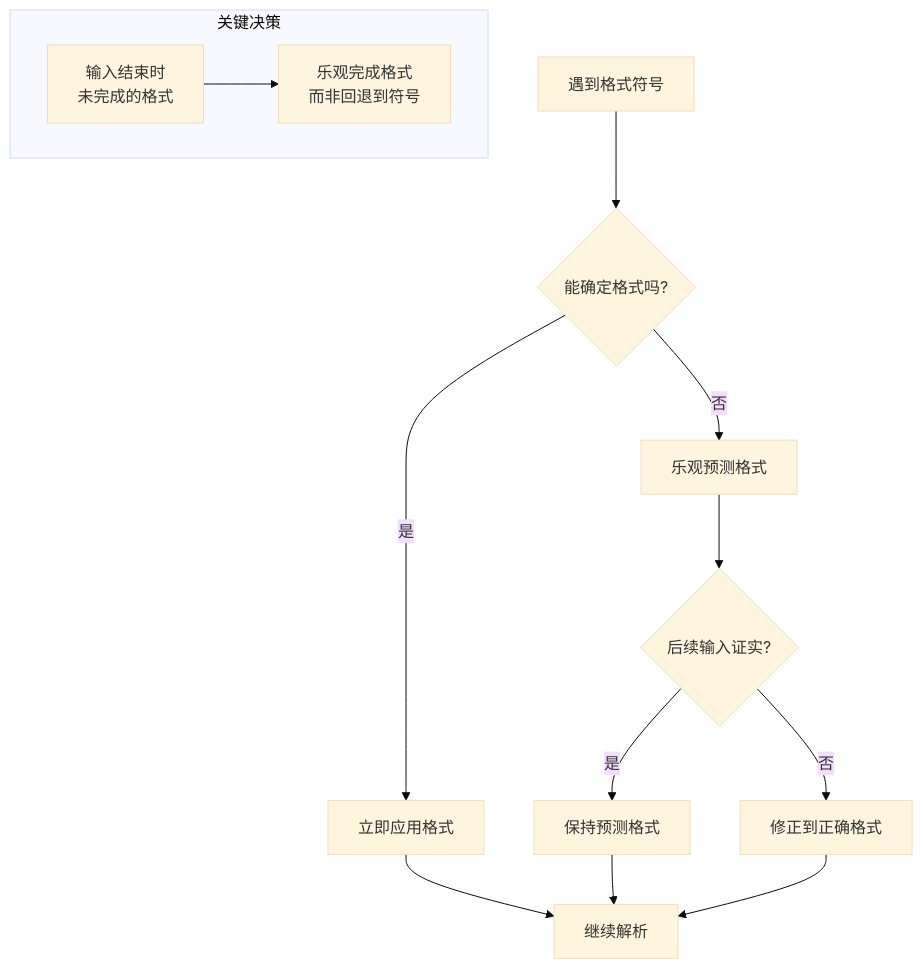
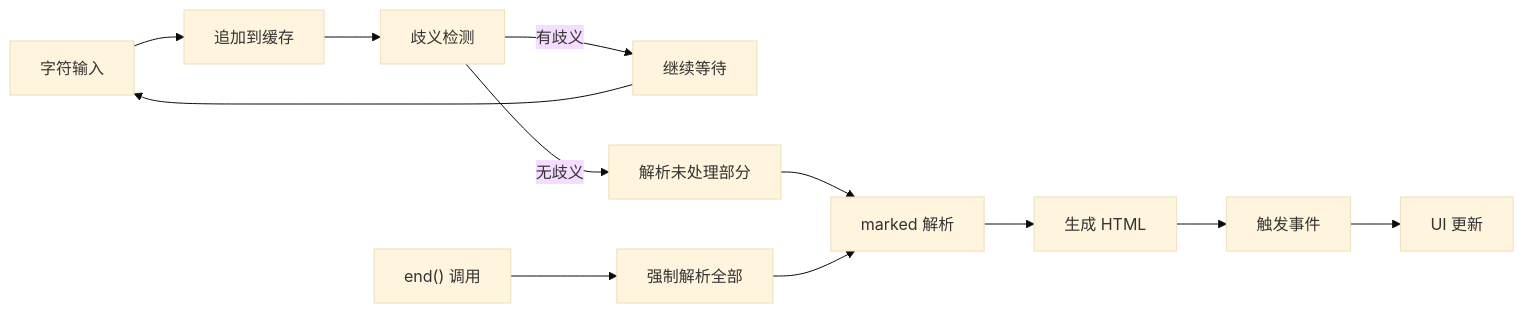
One commit to yarnovo/markdown-river changed the second of 9 diagrams in ARCHITECTURE.md. Above: the diagram before and after it, drawn with Mermaid (base theme). The commit also changed other lines of this file and 5 other files, not shown here.

Commit message:
feat: 启用 Claude 内存配置，更新 ARCHITECTURE.md 和 README.md 文档，优化描述以提升用户理解，确保流式 Markdown 渲染的无闪烁体验和组件的清晰性。同时，删除不再使用的博客文档，简化项目结构。

````diff
--- a/ARCHITECTURE.md
+++ b/ARCHITECTURE.md
@@ -452,19 +71,16 @@
 ```mermaid
-flowchart TD
-    A[遇到格式符号] --> B{能确定格式吗?}
-    B -->|是| C[立即应用格式]
-    B -->|否| D[乐观预测格式]
+flowchart LR
+    A[字符输入] --> B[追加到缓存]
+    B --> C[歧义检测]
+    C -->|有歧义| D[继续等待]
+    C -->|无歧义| E[解析未处理部分]
 
-    D --> E{后续输入证实?}
-    E -->|是| F[保持预测格式]
-    E -->|否| G[修正到正确格式]
+    D --> A
+    E --> F[marked 解析]
+    F --> G[生成 HTML]
+    G --> H[触发事件]
+    H --> I[UI 更新]
 
-    C --> H[继续解析]
-    F --> H
-    G --> H
-
-    subgraph "关键决策"
-        I[输入结束时<br/>未完成的格式]
-        I --> J[乐观完成格式<br/>而非回退到符号]
-    end
+    J["end() 调用"] --> K[强制解析全部]
+    K --> F
 ```
````
